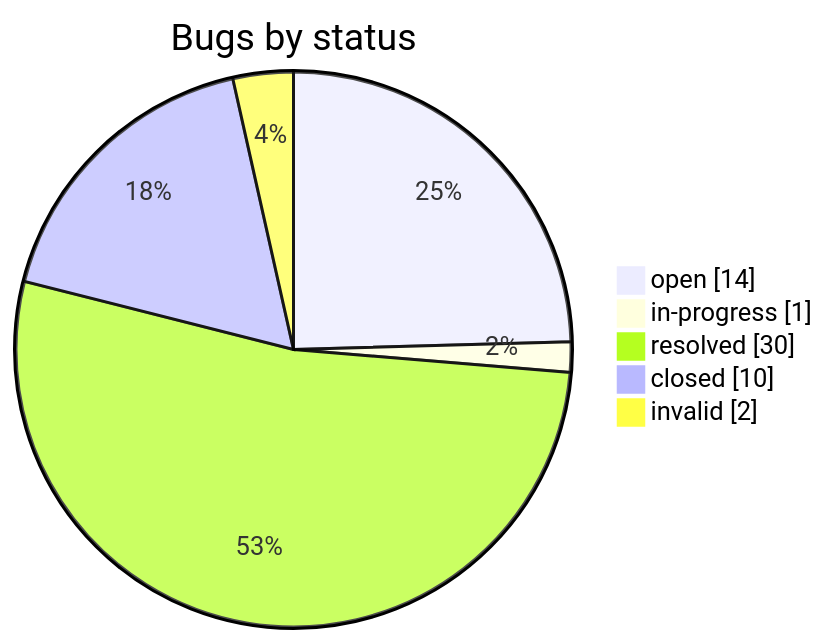
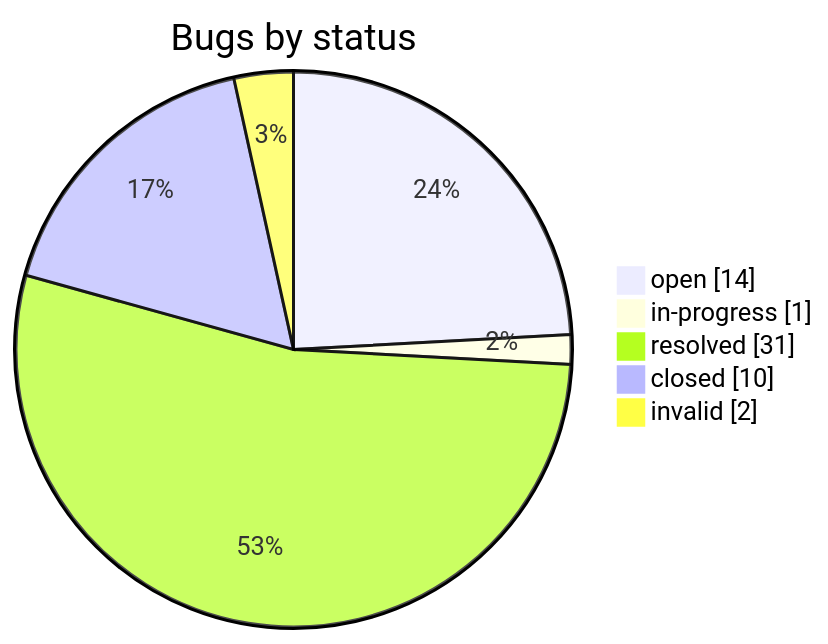
The second of 2 diagrams in STATUS.md (iammaxsu/automatic-testing-architecture), drawn with Mermaid before and after one commit. The commit also changed other lines of this file and 5 other files, not shown here.

````diff
--- a/STATUS.md
+++ b/STATUS.md
@@ -165,8 +165,8 @@
 ```mermaid
 pie showData title Bugs by status
     "open" : 14
     "in-progress" : 1
-    "resolved" : 30
+    "resolved" : 31
     "closed" : 10
     "invalid" : 2
 ```
````
